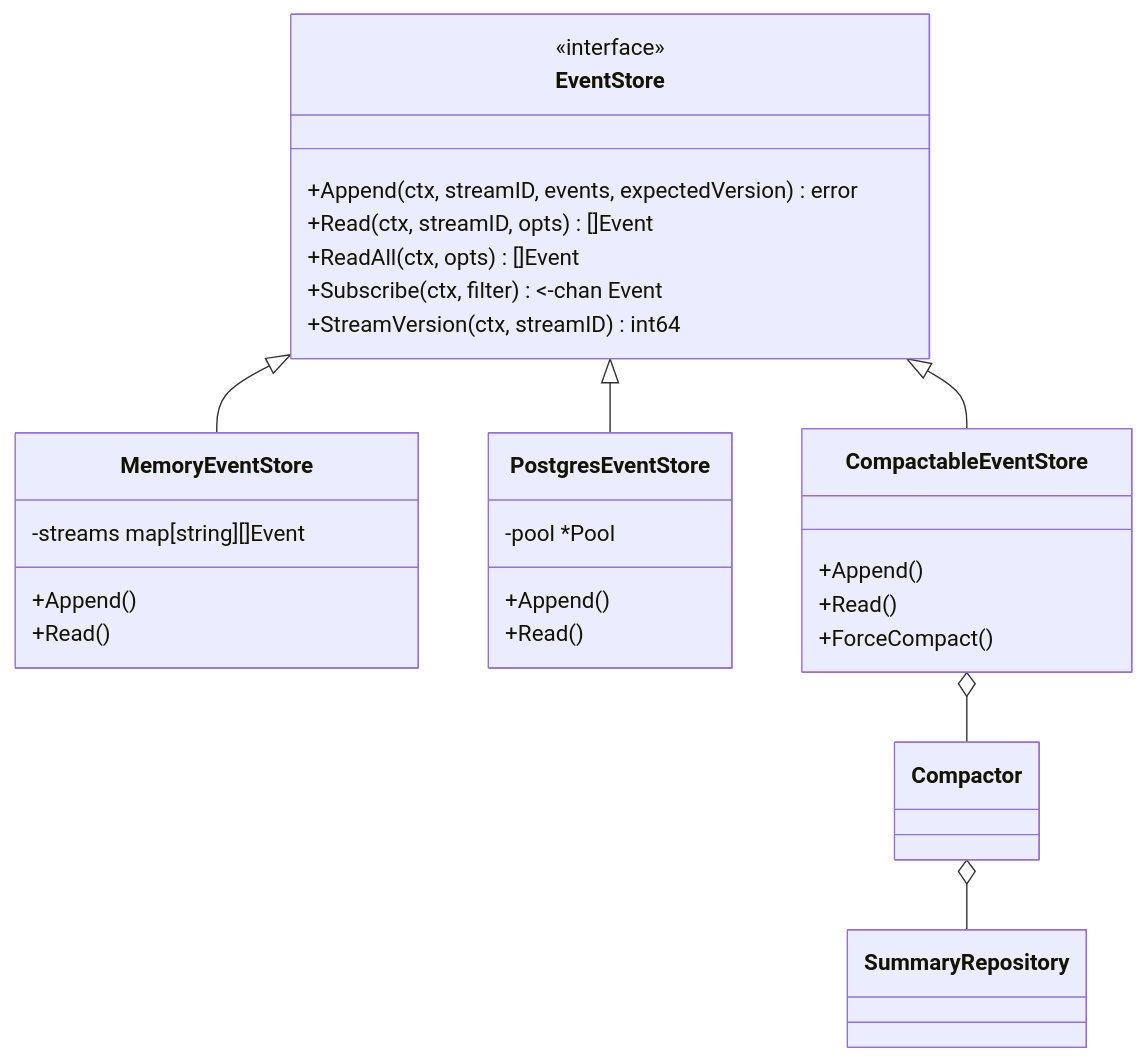
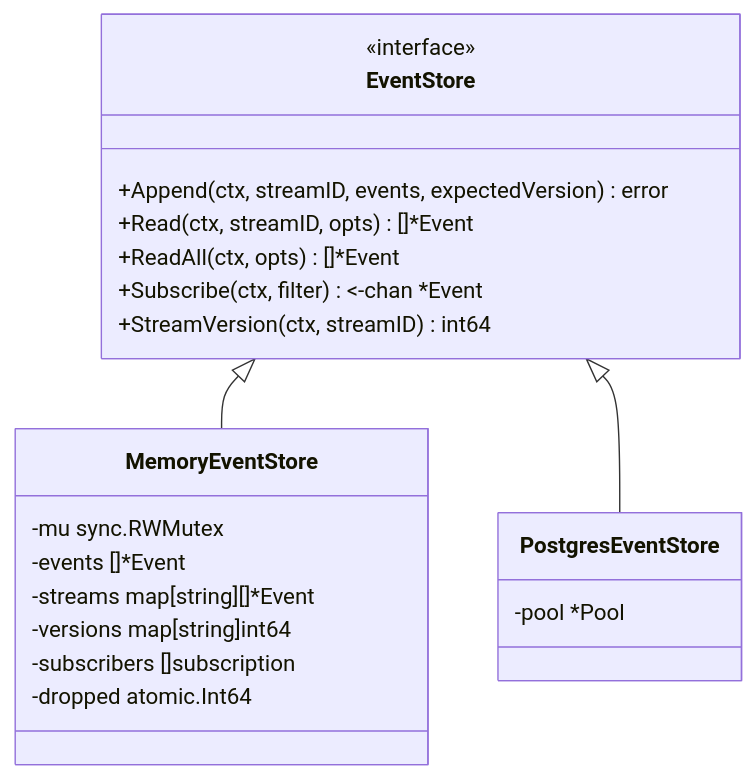
One commit to Timwood0x10/ARES changed the second of 6 diagrams in docs/articles/en/08-event-system-deep-dive.md. Above: the diagram before and after it, drawn with Mermaid. The commit also changed other lines of this file and 2423 other files, not shown here.

````diff
--- a/docs/articles/en/08-event-system-deep-dive.md
+++ b/docs/articles/en/08-event-system-deep-dive.md
@@ -117,35 +141,27 @@
 ```mermaid
 classDiagram
     class EventStore {
         <<interface>>
         +Append(ctx, streamID, events, expectedVersion) error
-        +Read(ctx, streamID, opts) []Event
-        +ReadAll(ctx, opts) []Event
-        +Subscribe(ctx, filter) <-chan Event
+        +Read(ctx, streamID, opts) []*Event
+        +ReadAll(ctx, opts) []*Event
+        +Subscribe(ctx, filter) <-chan *Event
         +StreamVersion(ctx, streamID) int64
     }
 
     class MemoryEventStore {
-        -streams map[string][]Event
-        +Append()
-        +Read()
+        -mu sync.RWMutex
+        -events []*Event
+        -streams map[string][]*Event
+        -versions map[string]int64
+        -subscribers []subscription
+        -dropped atomic.Int64
     }
 
     class PostgresEventStore {
         -pool *Pool
-        +Append()
-        +Read()
-    }
-
-    class CompactableEventStore {
-        +Append()
-        +Read()
-        +ForceCompact()
     }
 
     EventStore <|-- MemoryEventStore
     EventStore <|-- PostgresEventStore
-    EventStore <|-- CompactableEventStore
-    CompactableEventStore o-- Compactor
-    Compactor o-- SummaryRepository
 ```
````
